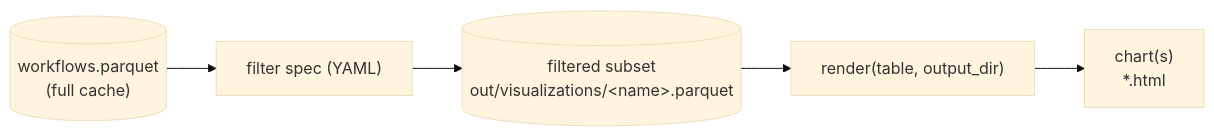
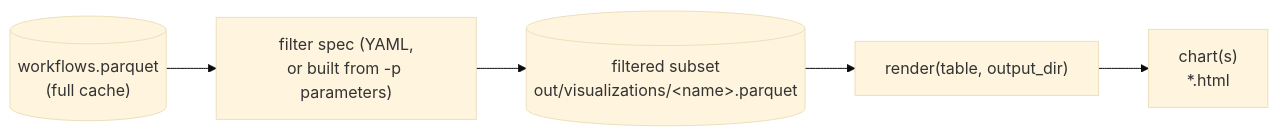
Before and after one commit to efendi54/cimon: the sixth of 7 diagrams in README.md, drawn with Mermaid (base theme). The commit also changed other lines of this file and 12 other files, not shown here.

````diff
--- a/README.md
+++ b/README.md
@@ -424,7 +428,7 @@
 ```mermaid
 flowchart LR
-    A[("workflows.parquet<br>(full cache)")] --> B["filter spec (YAML)"]
+    A[("workflows.parquet<br>(full cache)")] --> B["filter spec (YAML,<br>or built from -p parameters)"]
     B --> C[("filtered subset<br>out/visualizations/&lt;name&gt;.parquet")]
     C --> D["render(table, output_dir)"]
     D --> E["chart(s)<br>*.html"]
 ```
````
